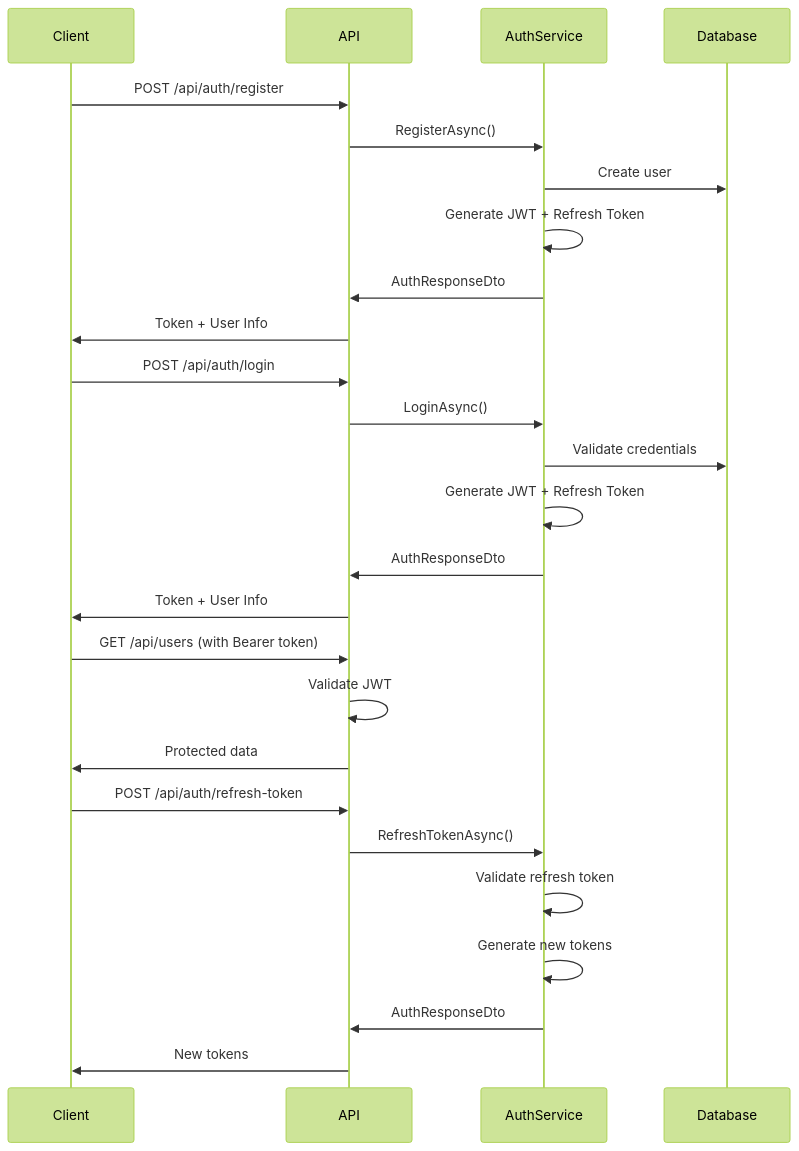
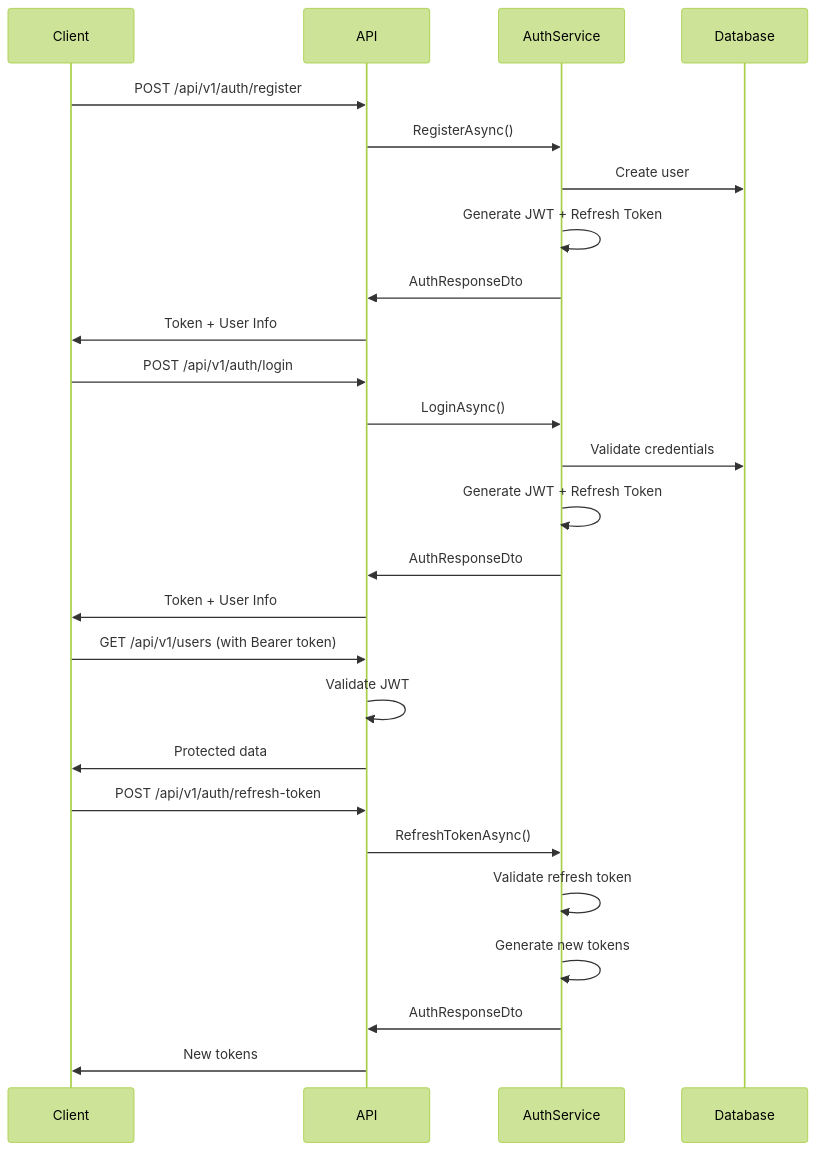
The diagram in docs/AUTHENTICATION.md (josuebaez61/dotnet-api-seed), drawn with Mermaid (forest theme) before and after one commit. The commit also changed other lines of this file and 9 other files, not shown here.

````diff
--- a/docs/AUTHENTICATION.md
+++ b/docs/AUTHENTICATION.md
@@ -193,32 +296,32 @@
 ```mermaid
 sequenceDiagram
     participant Client
     participant API
     participant AuthService
     participant Database
 
-    Client->>API: POST /api/auth/register
+    Client->>API: POST /api/v1/auth/register
     API->>AuthService: RegisterAsync()
     AuthService->>Database: Create user
     AuthService->>AuthService: Generate JWT + Refresh Token
     AuthService->>API: AuthResponseDto
     API->>Client: Token + User Info
 
-    Client->>API: POST /api/auth/login
+    Client->>API: POST /api/v1/auth/login
     API->>AuthService: LoginAsync()
     AuthService->>Database: Validate credentials
     AuthService->>AuthService: Generate JWT + Refresh Token
     AuthService->>API: AuthResponseDto
     API->>Client: Token + User Info
 
-    Client->>API: GET /api/users (with Bearer token)
+    Client->>API: GET /api/v1/users (with Bearer token)
     API->>API: Validate JWT
     API->>Client: Protected data
 
-    Client->>API: POST /api/auth/refresh-token
+    Client->>API: POST /api/v1/auth/refresh-token
     API->>AuthService: RefreshTokenAsync()
     AuthService->>AuthService: Validate refresh token
     AuthService->>AuthService: Generate new tokens
     AuthService->>API: AuthResponseDto
     API->>Client: New tokens
 ```
````
